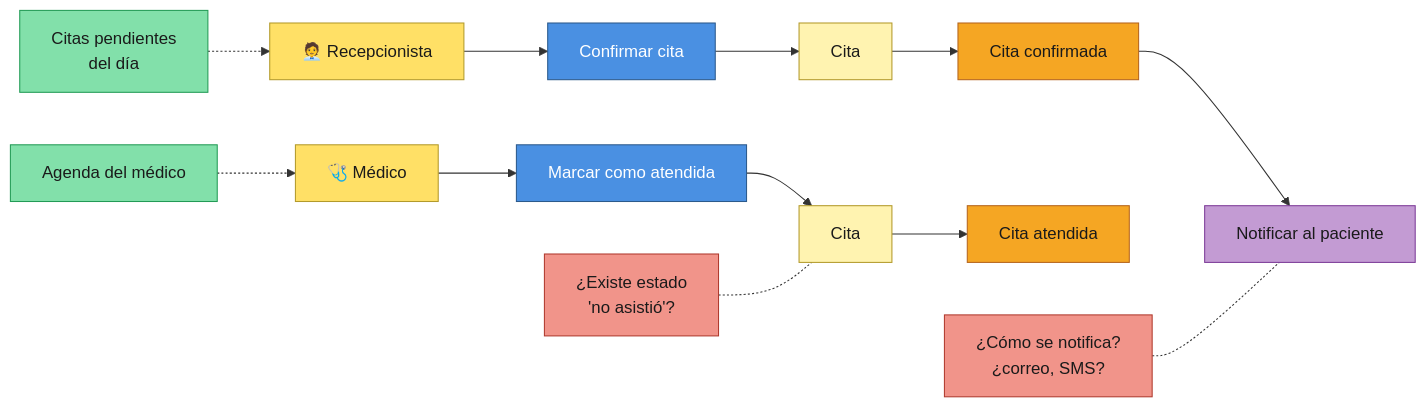
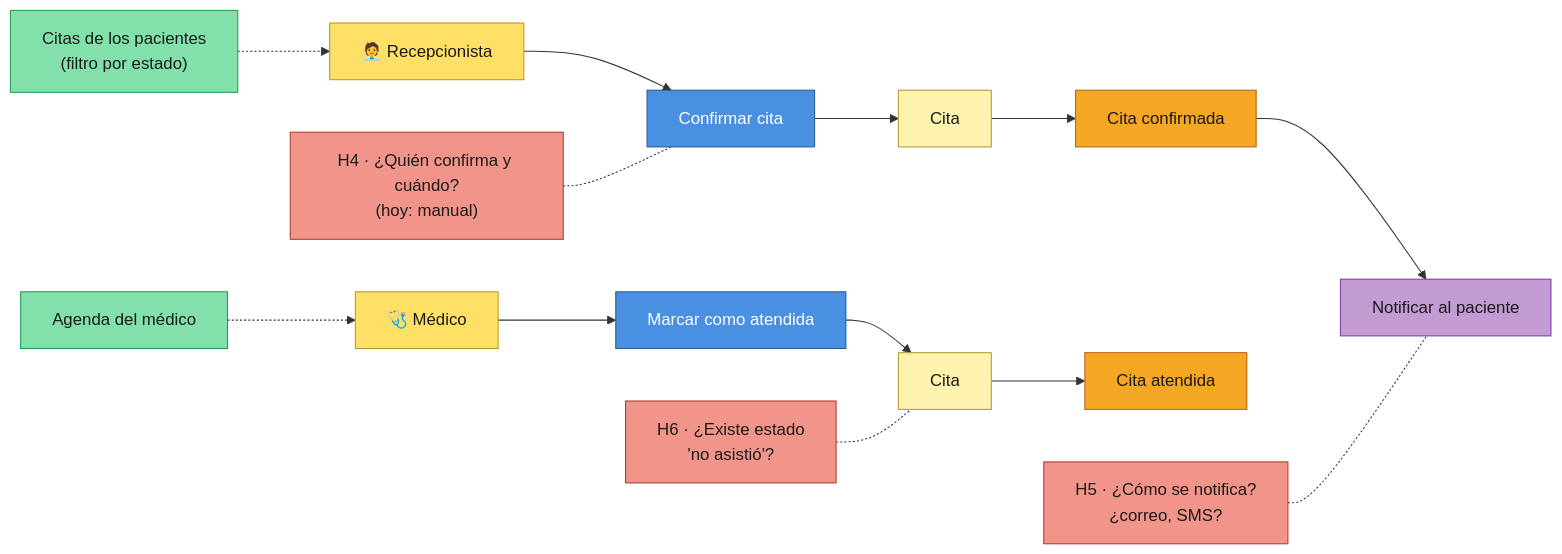
One commit to fox123abc/Clinica changed the sixth of 9 diagrams in docs/DDD-EVENT-STORMING.md. Above: the diagram before and after it, drawn with Mermaid. The commit also changed other lines of this file and 6 other files, not shown here.

````diff
--- a/docs/DDD-EVENT-STORMING.md
+++ b/docs/DDD-EVENT-STORMING.md
@@ -254,20 +255,21 @@
 ```mermaid
 flowchart LR
-    R1["Citas pendientes<br/>del día"]:::lectura -.-> A1["🧑‍💼 Recepcionista"]:::actor
+    R1["Citas de los pacientes<br/>(filtro por estado)"]:::lectura -.-> A1["🧑‍💼 Recepcionista"]:::actor
     A1 --> C1["Confirmar cita"]:::comando --> G1["Cita"]:::agregado --> E1["Cita confirmada"]:::evento
     E1 --> P1["Notificar al paciente"]:::politica
 
     R2["Agenda del médico"]:::lectura -.-> A2["🩺 Médico"]:::actor
     A2 --> C2["Marcar como atendida"]:::comando --> G2["Cita"]:::agregado --> E2["Cita atendida"]:::evento
 
-    H1["¿Cómo se notifica?<br/>¿correo, SMS?"]:::hotspot -.- P1
-    H2["¿Existe estado<br/>'no asistió'?"]:::hotspot -.- G2
+    H1["H5 · ¿Cómo se notifica?<br/>¿correo, SMS?"]:::hotspot -.- P1
+    H2["H6 · ¿Existe estado<br/>'no asistió'?"]:::hotspot -.- G2
+    H3["H4 · ¿Quién confirma y cuándo?<br/>(hoy: manual)"]:::hotspot -.- C1
 
     classDef evento fill:#F5A623,stroke:#B5651D,color:#1A1A1A
     classDef comando fill:#4A90E2,stroke:#2C5A8C,color:#FFFFFF
     classDef actor fill:#FFE066,stroke:#B39A2B,color:#1A1A1A
     classDef agregado fill:#FFF3B0,stroke:#B39A2B,color:#1A1A1A
     classDef politica fill:#C39BD3,stroke:#7D3C98,color:#1A1A1A
     classDef lectura fill:#82E0AA,stroke:#239B56,color:#1A1A1A
     classDef hotspot fill:#F1948A,stroke:#B03A2E,color:#1A1A1A
 ```
````
